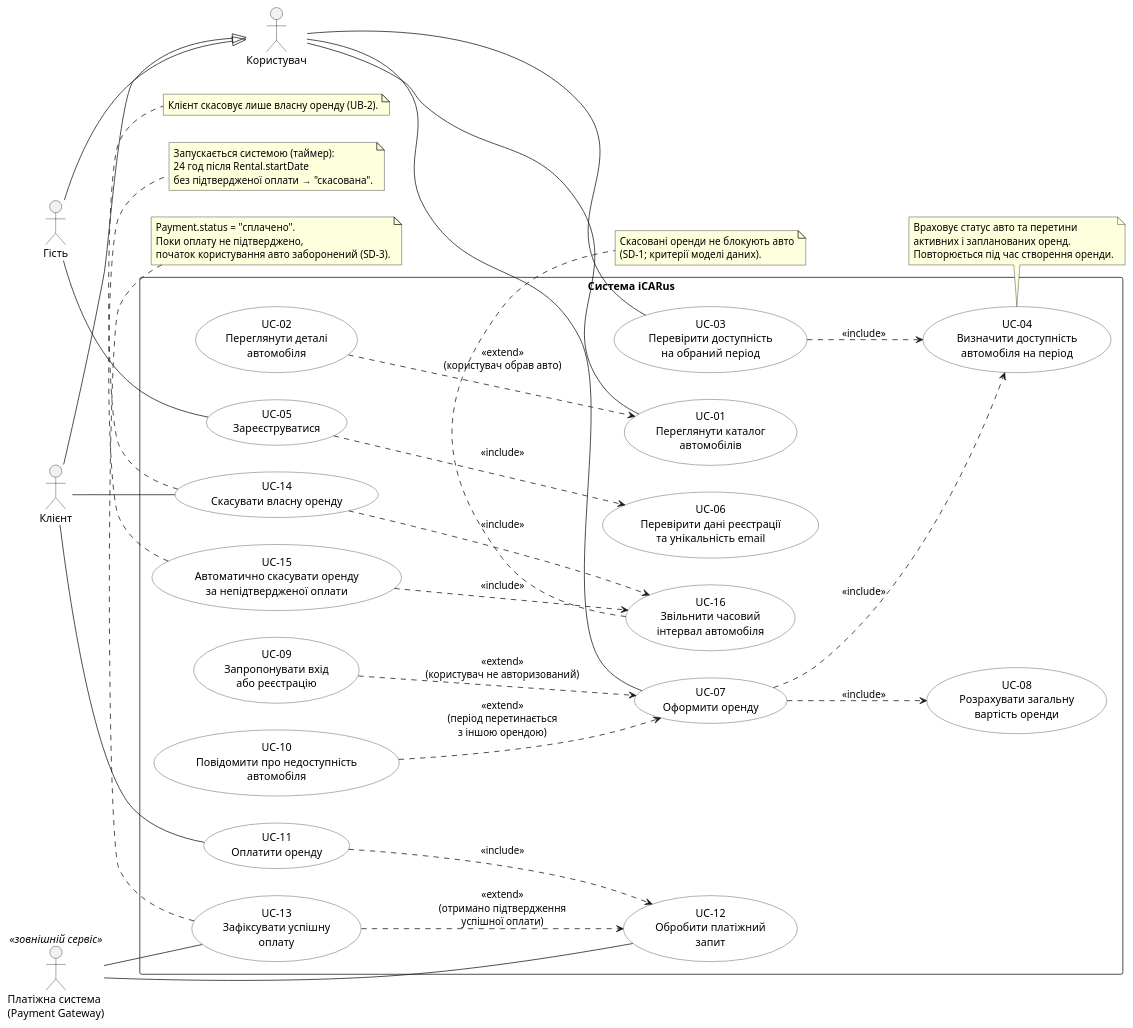
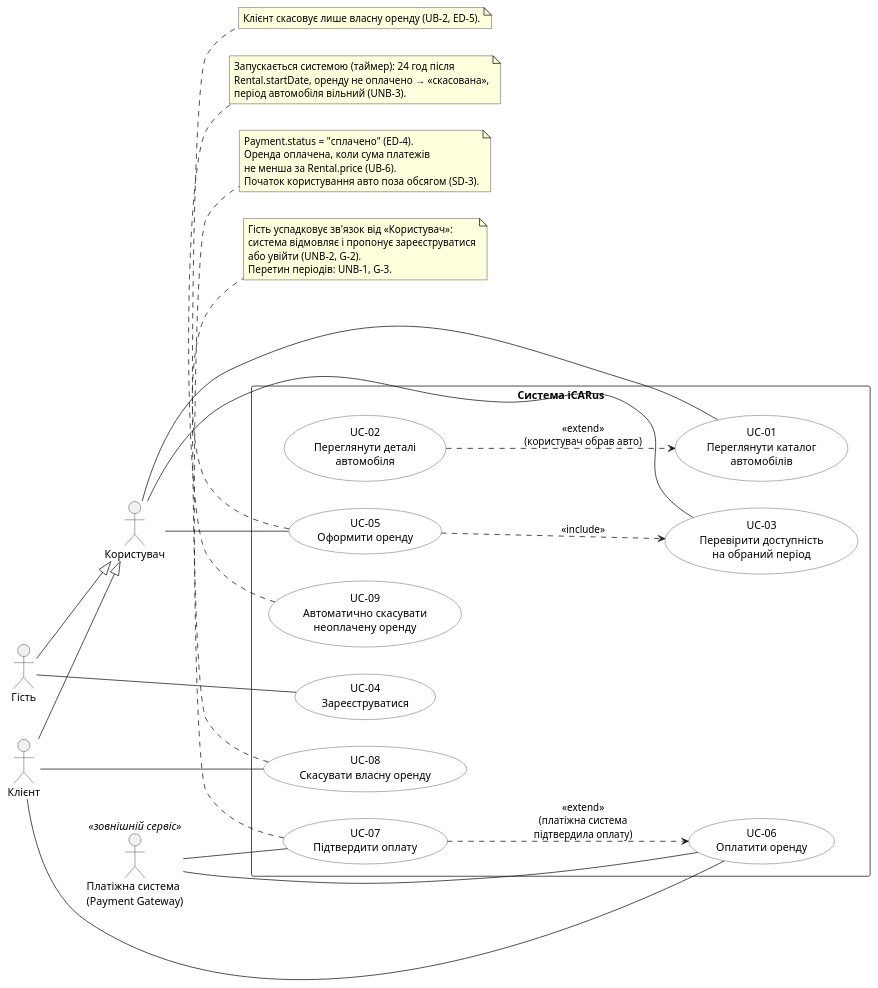
The diagram in Lab2/usecase.puml (NICkBril/2KPI_labs), drawn with PlantUML before and after one commit.

Commit message:
refactor use case diagram

```diff
--- a/Lab2/usecase.puml
+++ b/Lab2/usecase.puml
@@ -1,97 +1,78 @@
 @startuml
 left to right direction
-
 skinparam packageStyle rectangle
 skinparam shadowing false
 skinparam actorStyle stickman
 skinparam usecase {
   BackgroundColor #FFFFFF
   BorderColor #333333
 }
 
 actor "Користувач" as User
 actor "Гість" as Guest
 actor "Клієнт" as Customer
 actor "Платіжна система\n(Payment Gateway)" as Gateway <<зовнішній сервіс>>
 
 Guest --|> User
 Customer --|> User
 
 rectangle "Система iCARus" {
 
     usecase "UC-01\nПереглянути каталог\nавтомобілів" as UC_Catalog
     usecase "UC-02\nПереглянути деталі\nавтомобіля" as UC_Details
     usecase "UC-03\nПеревірити доступність\nна обраний період" as UC_Availability
-    usecase "UC-04\nВизначити доступність\nавтомобіля на період" as UC_Check
 
-    usecase "UC-05\nЗареєструватися" as UC_Register
-    usecase "UC-06\nПеревірити дані реєстрації\nта унікальність email" as UC_Validate
+    usecase "UC-04\nЗареєструватися" as UC_Register
 
-    usecase "UC-07\nОформити оренду" as UC_Create
-    usecase "UC-08\nРозрахувати загальну\nвартість оренди" as UC_Price
-    usecase "UC-09\nЗапропонувати вхід\nабо реєстрацію" as UC_AuthRequired
-    usecase "UC-10\nПовідомити про недоступність\nавтомобіля" as UC_Conflict
+    usecase "UC-05\nОформити оренду" as UC_Create
 
-    usecase "UC-11\nОплатити оренду" as UC_Pay
-    usecase "UC-12\nОбробити платіжний\nзапит" as UC_ProcessPayment
-    usecase "UC-13\nЗафіксувати успішну\nоплату" as UC_Confirm
+    usecase "UC-06\nОплатити оренду" as UC_Pay
+    usecase "UC-07\nПідтвердити оплату" as UC_Confirm
 
-    usecase "UC-14\nСкасувати власну оренду" as UC_Cancel
+    usecase "UC-08\nСкасувати власну оренду" as UC_Cancel
 
-    usecase "UC-15\nАвтоматично скасувати оренду\nза непідтвердженої оплати" as UC_AutoCancel
-    usecase "UC-16\nЗвільнити часовий\nінтервал автомобіля" as UC_Release
+    usecase "UC-09\nАвтоматично скасувати\nнеоплачену оренду" as UC_AutoCancel
 }
 
 ' --- Асоціації акторів ---
 User -- UC_Catalog
 User -- UC_Availability
 User -- UC_Create
 Guest -- UC_Register
 Customer -- UC_Pay
 Customer -- UC_Cancel
-Gateway -- UC_ProcessPayment
+Gateway -- UC_Pay
 Gateway -- UC_Confirm
 
 ' --- include (обов'язкова поведінка) ---
-UC_Register ..> UC_Validate : <<include>>
-UC_Availability ..> UC_Check : <<include>>
-UC_Create ..> UC_Check : <<include>>
-UC_Create ..> UC_Price : <<include>>
-UC_Pay ..> UC_ProcessPayment : <<include>>
-UC_Cancel ..> UC_Release : <<include>>
-UC_AutoCancel ..> UC_Release : <<include>>
+UC_Create ..> UC_Availability : <<include>>
 
 ' --- extend (умовна поведінка) ---
 UC_Details ..> UC_Catalog : <<extend>>\n(користувач обрав авто)
-UC_AuthRequired ..> UC_Create : <<extend>>\n(користувач не авторизований)
-UC_Conflict ..> UC_Create : <<extend>>\n(період перетинається\nз іншою орендою)
-UC_Confirm ..> UC_ProcessPayment : <<extend>>\n(отримано підтвердження\nуспішної оплати)
+UC_Confirm ..> UC_Pay : <<extend>>\n(платіжна система\nпідтвердила оплату)
 
-note bottom of UC_Check
-  Враховує статус авто та перетини
-  активних і запланованих оренд.
-  Повторюється під час створення оренди.
+note bottom of UC_Create
+  Гість успадковує зв'язок від «Користувач»:
+  система відмовляє і пропонує зареєструватися
+  або увійти (UNB-2, G-2).
+  Перетин періодів: UNB-1, G-3.
 end note
 
 note bottom of UC_Confirm
-  Payment.status = "сплачено".
-  Поки оплату не підтверджено,
-  початок користування авто заборонений (SD-3).
+  Payment.status = "сплачено" (ED-4).
+  Оренда оплачена, коли сума платежів
+  не менша за Rental.price (UB-6).
+  Початок користування авто поза обсягом (SD-3).
 end note
 
 note bottom of UC_AutoCancel
-  Запускається системою (таймер):
-  24 год після Rental.startDate
-  без підтвердженої оплати → "скасована".
-end note
-
-note bottom of UC_Release
-  Скасовані оренди не блокують авто
-  (SD-1; критерії моделі даних).
+  Запускається системою (таймер): 24 год після
+  Rental.startDate, оренду не оплачено → «скасована»,
+  період автомобіля вільний (UNB-3).
 end note
 
 note bottom of UC_Cancel
-  Клієнт скасовує лише власну оренду (UB-2).
+  Клієнт скасовує лише власну оренду (UB-2, ED-5).
 end note
 
 @enduml
```
